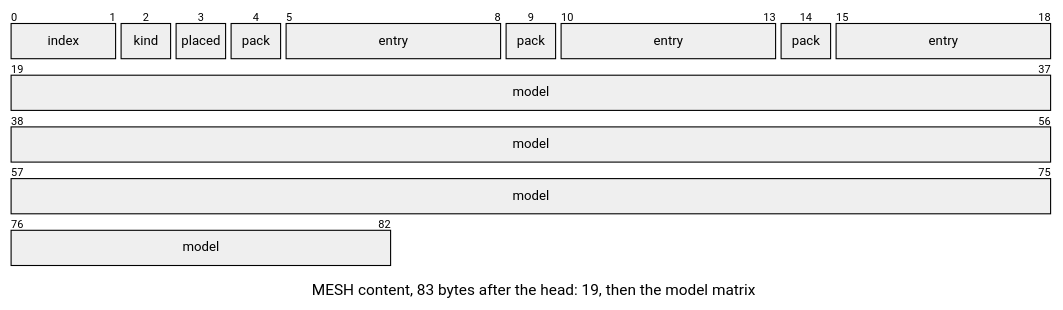
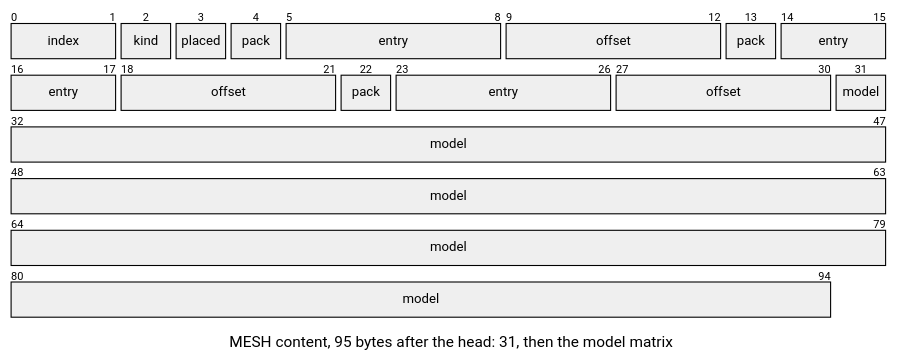
Before and after one commit to jose-villegas/autana: the sixth of 9 diagrams in docs/tools/Frame-Record-Format.md, drawn with Mermaid. The commit also changed other lines of this file and 12 other files, not shown here.

````diff
--- a/docs/tools/Frame-Record-Format.md
+++ b/docs/tools/Frame-Record-Format.md
@@ -120,21 +124,24 @@
 ```mermaid
 ---
 config:
   themeCSS: "g:nth-of-type(2) rect:nth-of-type(1) { fill: #e3e3e3 !important; } g:nth-of-type(2) rect:nth-of-type(2) { fill: #e3e3e3 !important; } g:nth-of-type(2) rect:nth-of-type(3) { fill: #e3e3e3 !important; } g:nth-of-type(2) rect:nth-of-type(4) { fill: #e3e3e3 !important; } g:nth-of-type(2) rect:nth-of-type(5) { fill: #e3e3e3 !important; } g:nth-of-type(2) rect:nth-of-type(6) { fill: #e3e3e3 !important; } g:nth-of-type(2) rect:nth-of-type(7) { fill: #e3e3e3 !important; } g:nth-of-type(2) rect:nth-of-type(8) { fill: #e3e3e3 !important; } g:nth-of-type(2) rect:nth-of-type(9) { fill: #e3e3e3 !important; } g:nth-of-type(3) rect:nth-of-type(1) { fill: #e3e3e3 !important; } g:nth-of-type(4) rect:nth-of-type(1) { fill: #e3e3e3 !important; } g:nth-of-type(5) rect:nth-of-type(1) { fill: #e3e3e3 !important; } g:nth-of-type(6) rect:nth-of-type(1) { fill: #e3e3e3 !important; } .packetLabel { fill: #1b1b1b !important; }"
   packet:
-    bitsPerRow: 19
+    bitsPerRow: 16
     bitWidth: 50
 ---
 packet-beta
-title MESH content, 83 bytes after the head: 19, then the model matrix
+title MESH content, 95 bytes after the head: 31, then the model matrix
 0-1: "index"
 2-2: "kind"
 3-3: "placed"
 4-4: "pack"
 5-8: "entry"
-9-9: "pack"
-10-13: "entry"
-14-14: "pack"
-15-18: "entry"
-19-82: "model"
+9-12: "offset"
+13-13: "pack"
+14-17: "entry"
+18-21: "offset"
+22-22: "pack"
+23-26: "entry"
+27-30: "offset"
+31-94: "model"
 ```
````
